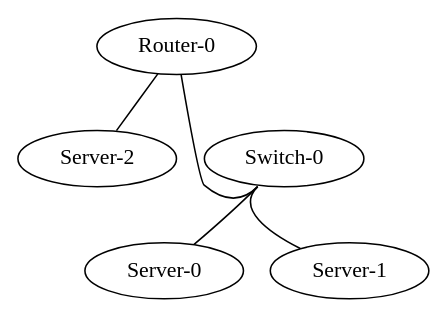
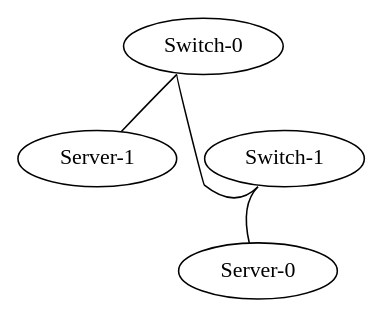
Before and after one commit to matferronato/TopologyGen: the diagram in TopologyGen/TopologyInfo/topology.dot, drawn with Graphviz. The commit also changed 97 other files, not shown here.

```diff
--- a/TopologyGen/TopologyInfo/topology.dot
+++ b/TopologyGen/TopologyInfo/topology.dot
@@ -1,11 +1,9 @@
 graph vx {
-"Router-0" [function="leaf" vagrant="eth1" os="hashicorp/bionic64" version="1.0.282" memory="500" config="./helper_scripts/config_production_switch.sh" ]
-"Server-0" [function="leaf" vagrant="eth1" os="centos/7" version="2004.01" memory="10000" config="./helper_scripts/config_production_switch.sh" ]
+"Server-0" [function="leaf" vagrant="eth1" os="hashicorp/bionic64" version="1.0.282" memory="500" config="./helper_scripts/config_production_switch.sh" ]
 "Server-1" [function="leaf" vagrant="eth1" os="hashicorp/bionic64" version="1.0.282" memory="500" config="./helper_scripts/config_production_switch.sh" ]
-"Server-2" [function="leaf" vagrant="eth1" os="exnav29/lxle" version="1.0.0" memory="2000" config="./helper_scripts/config_production_switch.sh" ]
 "Switch-0" [function="leaf" vagrant="eth1" os="hashicorp/bionic64" version="1.0.282" memory="500" config="./helper_scripts/config_production_switch.sh" ]
-"Router-0":"eth1" -- "Server-2":"eth100"
-"Router-0":"eth50" -- "Switch-0":"swp100"
+"Switch-1" [function="leaf" vagrant="eth1" os="hashicorp/bionic64" version="1.0.282" memory="500" config="./helper_scripts/config_production_switch.sh" ]
+"Switch-1":"swp1" -- "Server-0":"eth50"
 "Switch-0":"swp1" -- "Server-1":"eth50"
-"Switch-0":"swp2" -- "Server-0":"eth50"
+"Switch-0":"swp50" -- "Switch-1":"swp50"
 }
```
